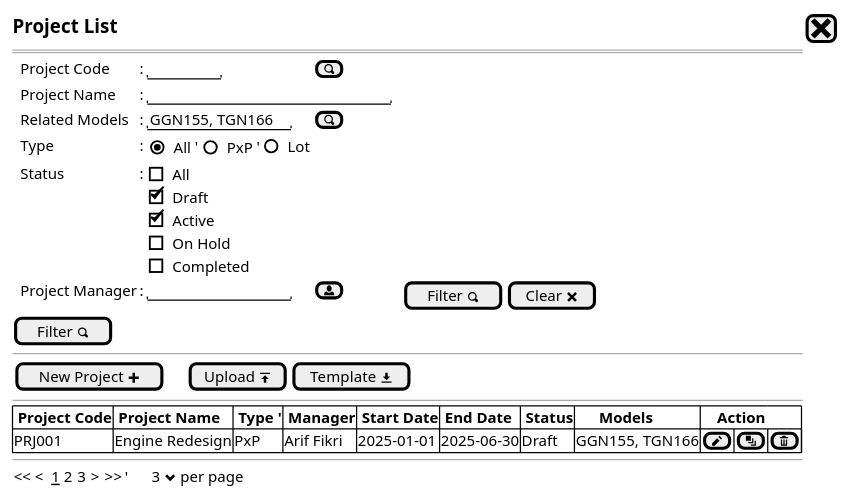
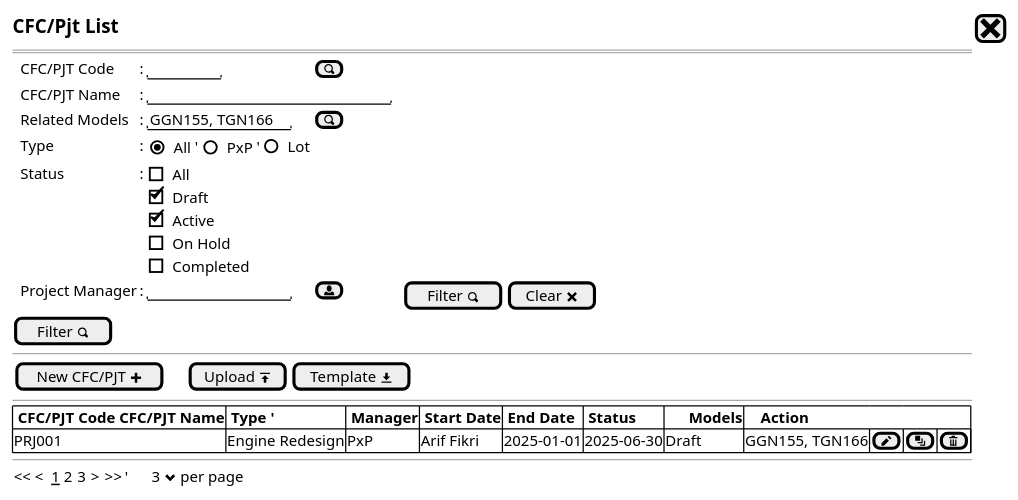
Before and after one commit to ari-fikri/packing-cost-mockup: the diagram in Project/project - new step0a.puml, drawn with PlantUML. The commit also changed 17 other files, not shown here.

Commit message:
Change Project to CFC/PJT Code

```diff
--- a/Project/project - new step0a.puml
+++ b/Project/project - new step0a.puml
@@ -1,36 +1,36 @@
 @startsalt
 {
-  <size:15><b>Project List|[<size:25><&x>]|*
+  <size:15><b>CFC/Pjt List|[<size:25><&x>]|*
   ==
   {
-    .|Project Code      |: |"       "|[<&magnifying-glass>]|*
-    .|Project Name      |: |"                        "|*    
+    .|CFC/PJT Code      |: |"       "|[<&magnifying-glass>]|*
+    .|CFC/PJT Name      |: |"                        "|*    
     .|Related Models    |: |"GGN155, TGN166"| [<&magnifying-glass>]|*
     .|Type              |: {|{(X)All}   '|    {()PxP}        '|   ()Lot}
     .|Status |:|
     {
       [ ] All
       [X] Draft
       [X] Active
       [ ] On Hold
       [ ] Completed
     }|*
     .|Project Manager |: |"              "|[<&person>]|.|[Filter <&magnifying-glass>]|[Clear <&x>]
   }
   [Filter <&magnifying-glass>]|
   .
   --
   {
-  [New Project <&plus>]|.|.|.|[Upload <&data-transfer-upload>]| [Template <&data-transfer-download>]|*
+  [New CFC/PJT <&plus>]|.|.|.|[Upload <&data-transfer-upload>]| [Template <&data-transfer-download>]|*
   }
   --
   {#
-    |<b> Project Code    |<b> Project Name          |<b> Type '|<b> Manager         |<b> Start Date |<b> End Date   |<b> Status     |<b>      Models     |<b>    Action |*|*|*|*|*|*|*
+    |<b> CFC/PJT Code<b> CFC/PJT Name          |<b> Type '|<b> Manager         |<b> Start Date |<b> End Date   |<b> Status     |<b>      Models     |<b>    Action |*|*|*|*|*|*|*
     | PRJ001            | Engine Redesign           |PxP    | Arif Fikri         | 2025-01-01    | 2025-06-30    | Draft         | GGN155, TGN166     |[<&pencil>]|[<&layers>]|[<&trash>]|*
   }
   --
   {
   << <  __1__ 2 3  > >>  |'      3 <&chevron-bottom> per page |*
   }
 }
 @endsalt
```
